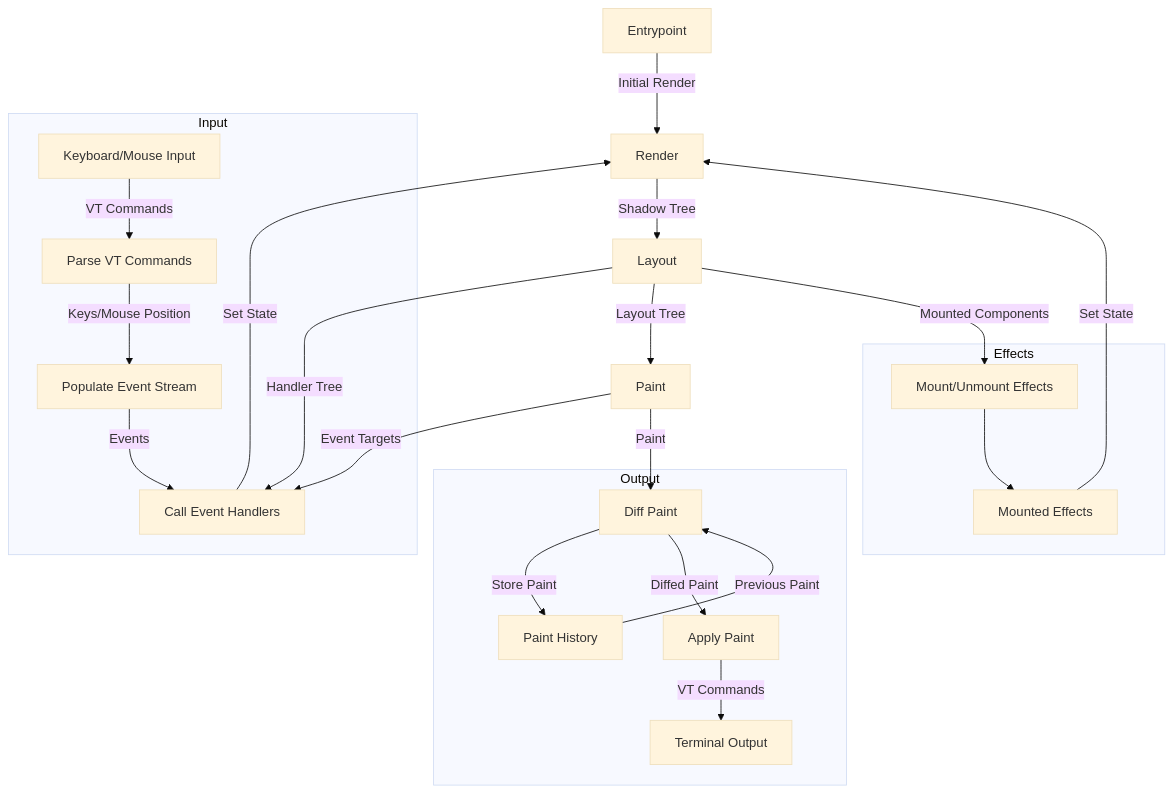
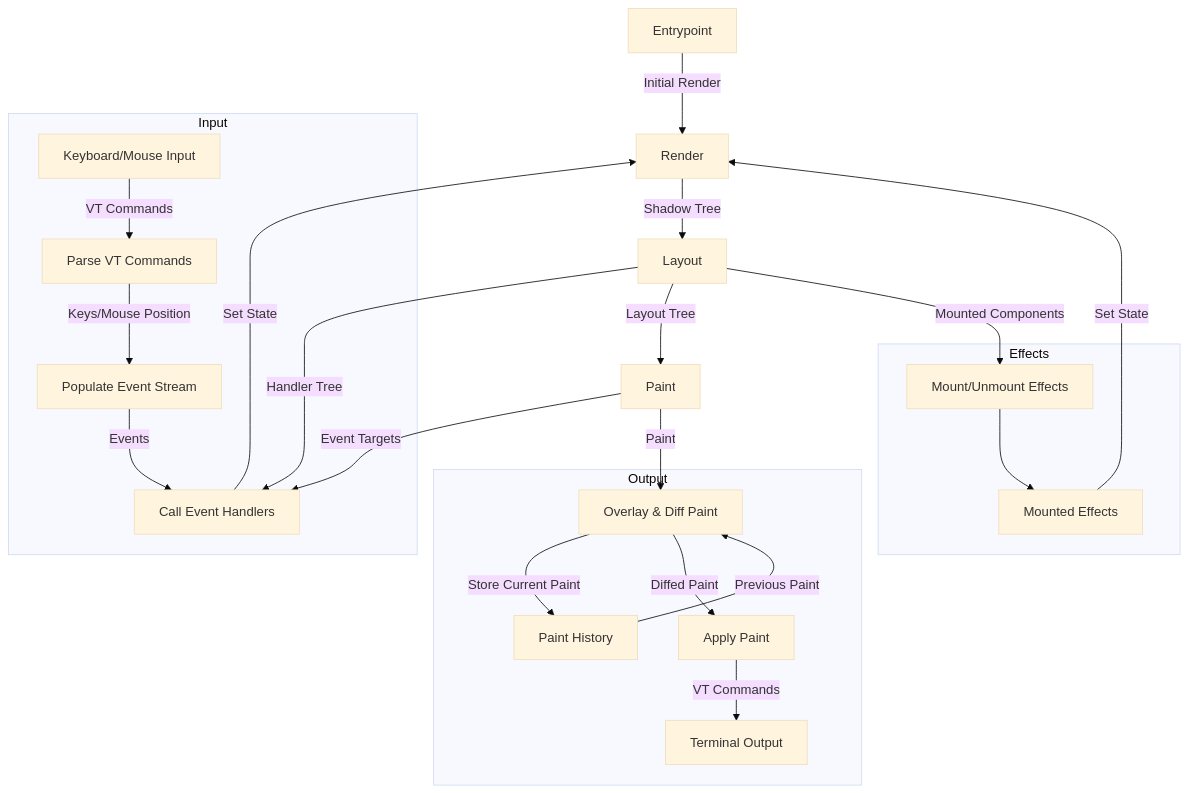
One commit to JoshKarpel/counterweight changed the diagram in docs/app-flow.md. Above: the diagram before and after it, drawn with Mermaid (base theme).

````diff
--- a/docs/app-flow.md
+++ b/docs/app-flow.md
@@ -3,51 +3,51 @@
 ```mermaid
 flowchart TB
 
     en[Entrypoint]
     r[Render]
     l[Layout]
     p[Paint]
 
     subgraph Output
         ph[Paint History]
-        dp[Diff Paint]
+        dp[Overlay & Diff Paint]
         d[Apply Paint]
         t[Terminal Output]
     end
 
     subgraph Input
         i[Keyboard/Mouse Input]
         vp[Parse VT Commands]
         ev[Populate Event Stream]
         eh[Call Event Handlers]
     end
 
     subgraph Effects
         efm[Mount/Unmount Effects]
         eff[Mounted Effects]
     end
 
     en -- Initial Render --> r
     r -- Shadow Tree --> l
     l -- Layout Tree --> p
     p -- Paint --> dp
 
     ph -- Previous Paint --> dp
-    dp -- Store Paint --> ph
+    dp -- Store Current Paint --> ph
     dp -- Diffed Paint --> d
 
     d -- VT Commands --> t
 
     i -- VT Commands --> vp
     vp -- Keys/Mouse Position --> ev
     ev -- Events --> eh
     l -- Handler Tree --> eh
     p -- Event Targets --> eh
 
     eh -- Set State --> r
 
     l -- Mounted Components --> efm
     efm --> eff
     eff -- Set State --> r
 
 ```
````
